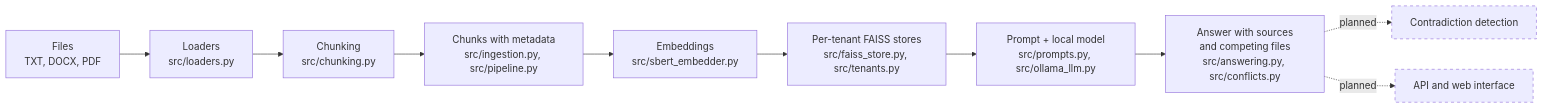
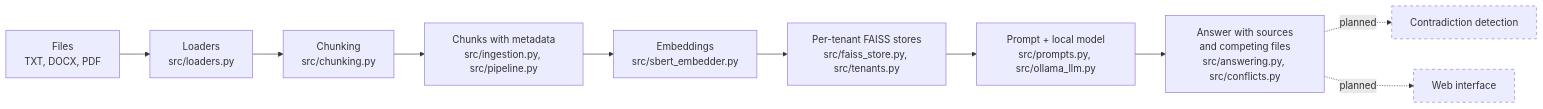
The diagram in README.md (Laiba-Qayyum/policylens), drawn with Mermaid before and after one commit. The commit also changed other lines of this file and 1 other file, not shown here.

````diff
--- a/README.md
+++ b/README.md
@@ -85,14 +97,14 @@
 ```mermaid
 flowchart LR
     A["Files<br/>TXT, DOCX, PDF"] --> B["Loaders<br/>src/loaders.py"]
     B --> C["Chunking<br/>src/chunking.py"]
     C --> D["Chunks with metadata<br/>src/ingestion.py, src/pipeline.py"]
     D --> E["Embeddings<br/>src/sbert_embedder.py"]
     E --> F["Per-tenant FAISS stores<br/>src/faiss_store.py, src/tenants.py"]
     F --> G["Prompt + local model<br/>src/prompts.py, src/ollama_llm.py"]
     G --> H["Answer with sources<br/>and competing files<br/>src/answering.py, src/conflicts.py"]
     H -.->|planned| I["Contradiction detection"]
-    H -.->|planned| J["API and web interface"]
+    H -.->|planned| J["Web interface"]
     classDef planned stroke-dasharray: 5 5
     class I,J planned
 ```
````
